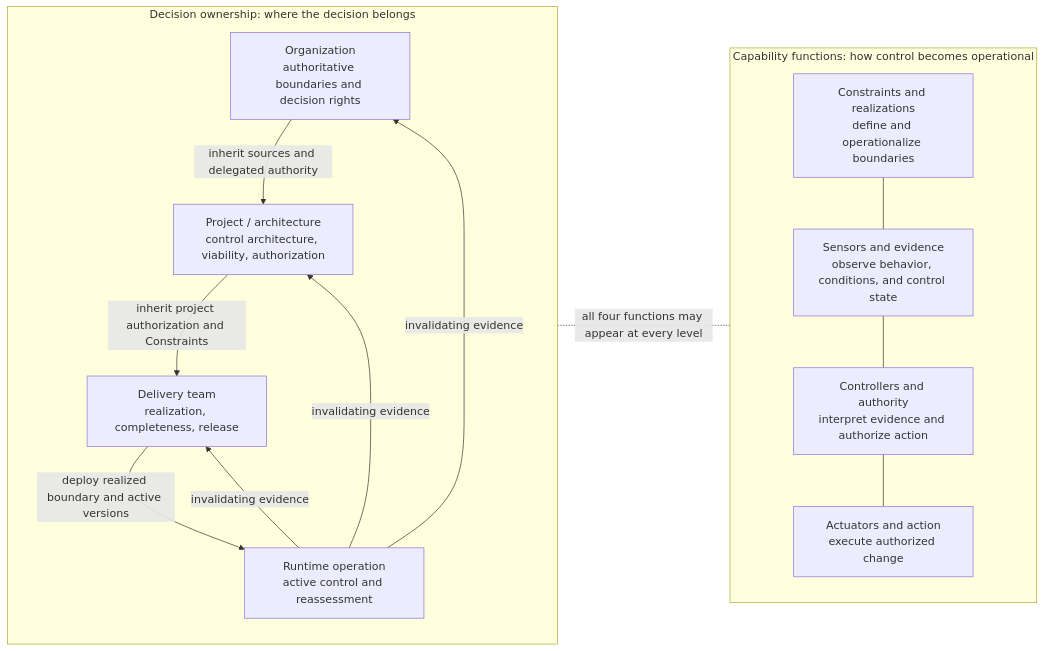
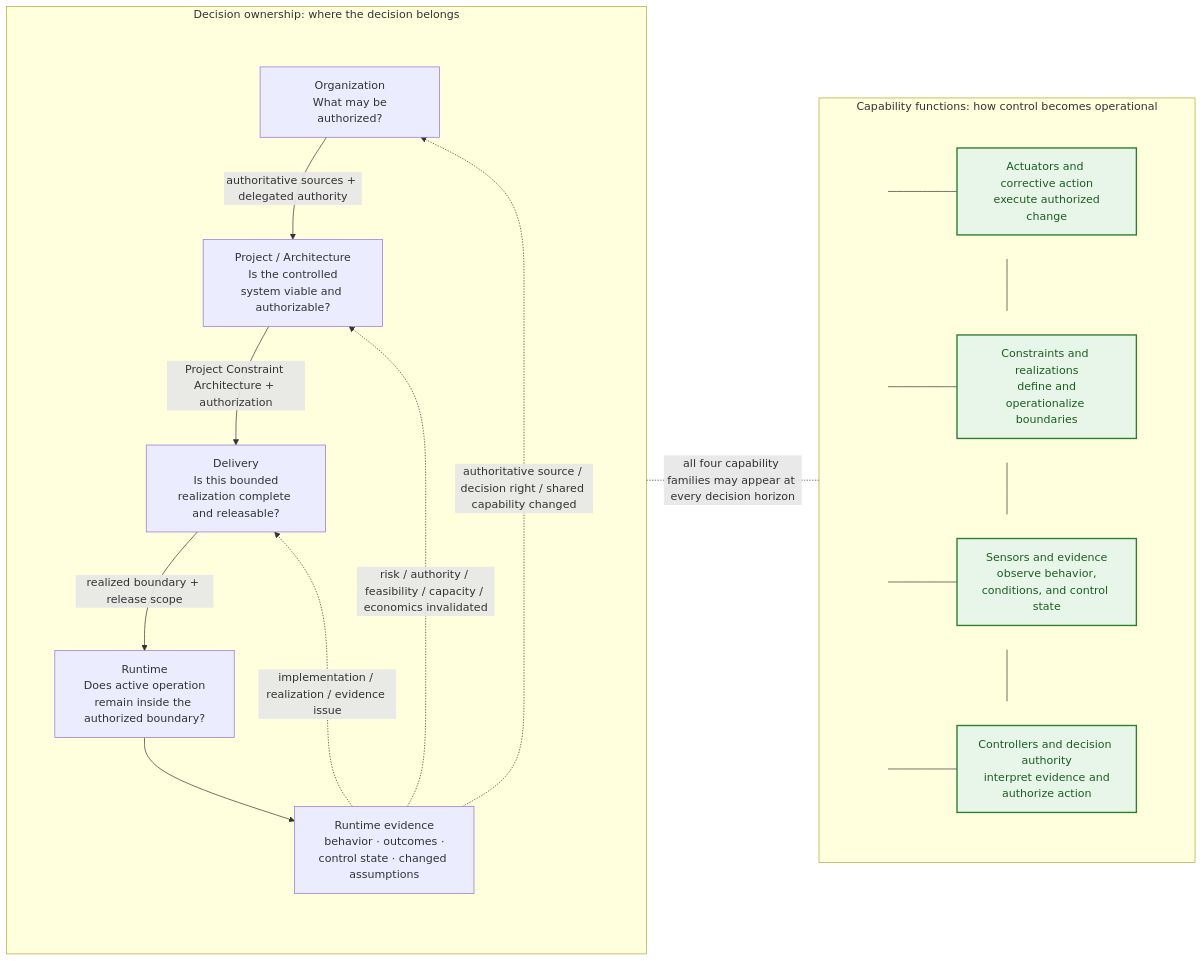
The ninth of 14 diagrams in content/research/notes/open-engineering-specification-article-draft.md (UncertaintyArchitectureGroup/uncertainty-architecture), drawn with Mermaid before and after one commit. The commit also changed other lines of this file and 1 other file, not shown here.

First line of the commit message:
refactor(research): stabilize figures and align control-model exposition (#65)

````diff
--- a/content/research/notes/open-engineering-specification-article-draft.md
+++ b/content/research/notes/open-engineering-specification-article-draft.md
@@ -452,29 +459,62 @@
 ```mermaid
 flowchart LR
     subgraph L["Decision ownership: where the decision belongs"]
-        O["Organization<br/>authoritative boundaries and decision rights"]
-        P["Project / architecture<br/>control architecture, viability, authorization"]
-        D["Delivery team<br/>realization, completeness, release"]
-        R["Runtime operation<br/>active control and reassessment"]
+        direction TB
+        subgraph SPINE9[" "]
+            direction TB
+            O["Organization<br/> What may be authorized?"]
+            P["Project / Architecture<br/> Is the controlled system viable and authorizable?"]
+            D["Delivery<br/> Is this bounded realization complete and releasable?"]
+            R["Runtime<br/> Does active operation remain inside the authorized boundary?"]
+            E["Runtime evidence<br/> behavior · outcomes · control state · changed assumptions"]
 
-        O -->|inherit sources and delegated authority| P
-        P -->|inherit project authorization and Constraints| D
-        D -->|deploy realized boundary and active versions| R
-        R -->|invalidating evidence| D
-        R -->|invalidating evidence| P
-        R -->|invalidating evidence| O
+            O -->|authoritative sources + delegated authority| P
+            P -->|Project Constraint Architecture + authorization| D
+            D -->|realized boundary + release scope| R
+            R --> E
+        end
+
+        E -.->|implementation / realization / evidence issue| D
+        E -.->|risk / authority / feasibility / capacity / economics invalidated| P
+        E -.->|authoritative source / decision right / shared capability changed| O
+
+        style SPINE9 fill:none,stroke:none
     end
 
     subgraph F["Capability functions: how control becomes operational"]
-        K["Constraints and realizations<br/>define and operationalize boundaries"]
-        S["Sensors and evidence<br/>observe behavior, conditions, and control state"]
-        C["Controllers and authority<br/>interpret evidence and authorize action"]
-        A["Actuators and action<br/>execute authorized change"]
+        direction TB
 
-        K --- S
-        S --- C
-        C --- A
+        subgraph F1[" "]
+            direction LR
+            J1(( )) --- A["Actuators and corrective action<br/> execute authorized change"]
+        end
+        subgraph F2[" "]
+            direction LR
+            J2(( )) --- K["Constraints and realizations<br/> define and operationalize boundaries"]
+        end
+        subgraph F3[" "]
+            direction LR
+            J3(( )) --- S["Sensors and evidence<br/> observe behavior, conditions, and control state"]
+        end
+        subgraph F4[" "]
+            direction LR
+            J4(( )) --- C["Controllers and decision authority<br/> interpret evidence and authorize action"]
+        end
+
+        J1 --- J2
+        J2 --- J3
+        J3 --- J4
+
+        style F1 fill:none,stroke:none
+        style F2 fill:none,stroke:none
+        style F3 fill:none,stroke:none
+        style F4 fill:none,stroke:none
     end
 
-    L -. "all four functions may appear at every level" .- F
+    L -. "all four capability families may appear at every decision horizon" .- F
+
+    classDef capability fill:#e8f5e9,stroke:#2e7d32,stroke-width:2px,color:#1b5e20;
+    classDef railpoint fill:transparent,stroke:transparent,color:transparent;
+    class A,K,S,C capability;
+    class J1,J2,J3,J4 railpoint;
 ```
````
